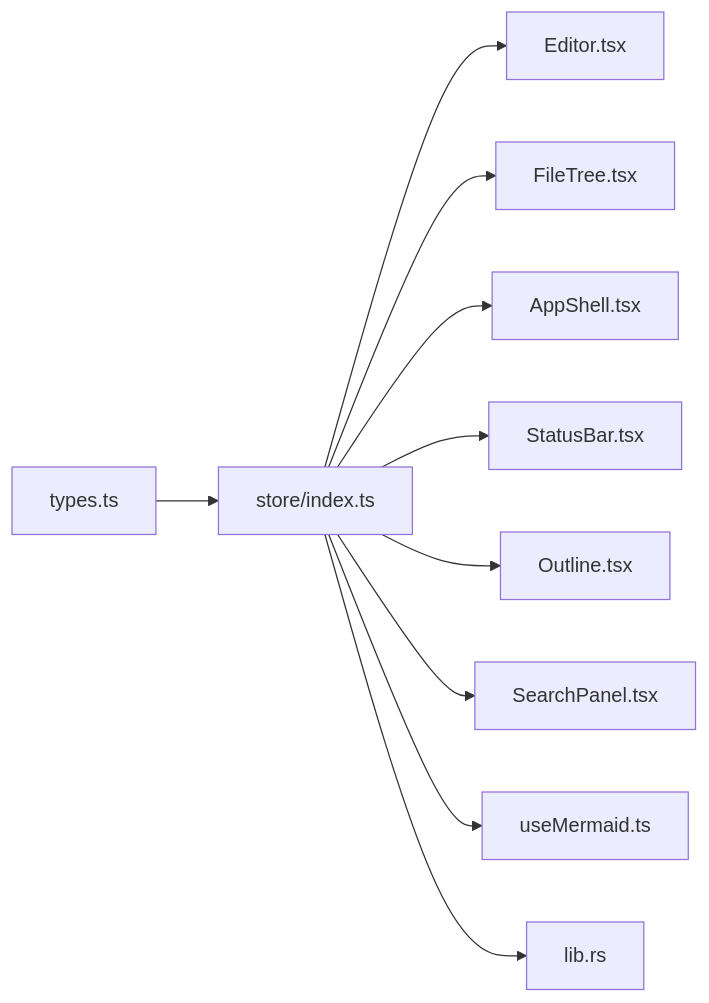
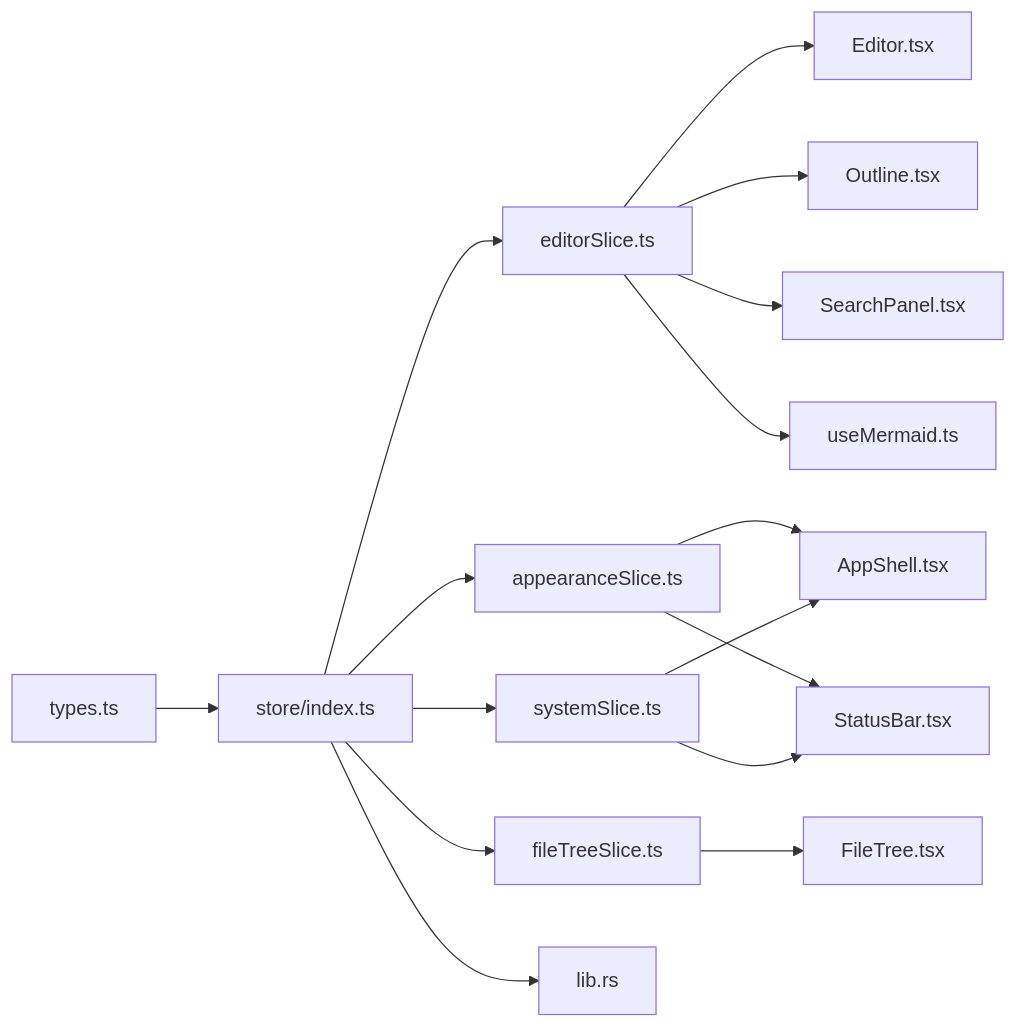
The third of 3 diagrams in .qoder/repowiki/zh/content/状态管理.md (gongshiyun/ZenNote), drawn with Mermaid before and after one commit. The commit also changed other lines of this file and 42 other files, not shown here.

````diff
--- a/.qoder/repowiki/zh/content/状态管理.md
+++ b/.qoder/repowiki/zh/content/状态管理.md
@@ -244,12 +382,18 @@
 ```mermaid
 graph LR
 Types["types.ts"] --> Store["store/index.ts"]
-Store --> Editor["Editor.tsx"]
-Store --> FileTree["FileTree.tsx"]
-Store --> AppShell["AppShell.tsx"]
-Store --> StatusBar["StatusBar.tsx"]
-Store --> Outline["Outline.tsx"]
-Store --> Search["SearchPanel.tsx"]
-Store --> MermaidHook["useMermaid.ts"]
+Store --> EditorSlice["editorSlice.ts"]
+Store --> AppearanceSlice["appearanceSlice.ts"]
+Store --> FileTreeSlice["fileTreeSlice.ts"]
+Store --> SystemSlice["systemSlice.ts"]
+EditorSlice --> Editor["Editor.tsx"]
+AppearanceSlice --> AppShell["AppShell.tsx"]
+AppearanceSlice --> StatusBar["StatusBar.tsx"]
+FileTreeSlice --> FileTree["FileTree.tsx"]
+SystemSlice --> AppShell["AppShell.tsx"]
+SystemSlice --> StatusBar["StatusBar.tsx"]
+EditorSlice --> Outline["Outline.tsx"]
+EditorSlice --> Search["SearchPanel.tsx"]
+EditorSlice --> MermaidHook["useMermaid.ts"]
 Store --> TauriLib["lib.rs"]
 ```
````
